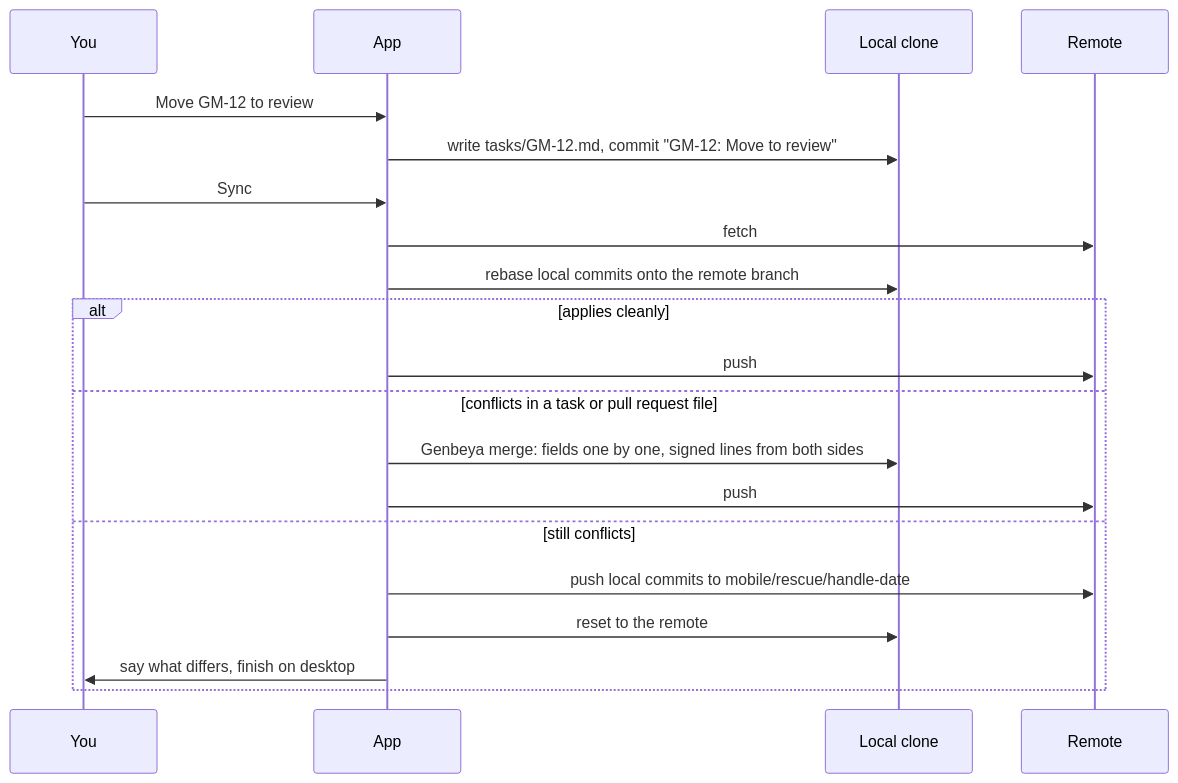
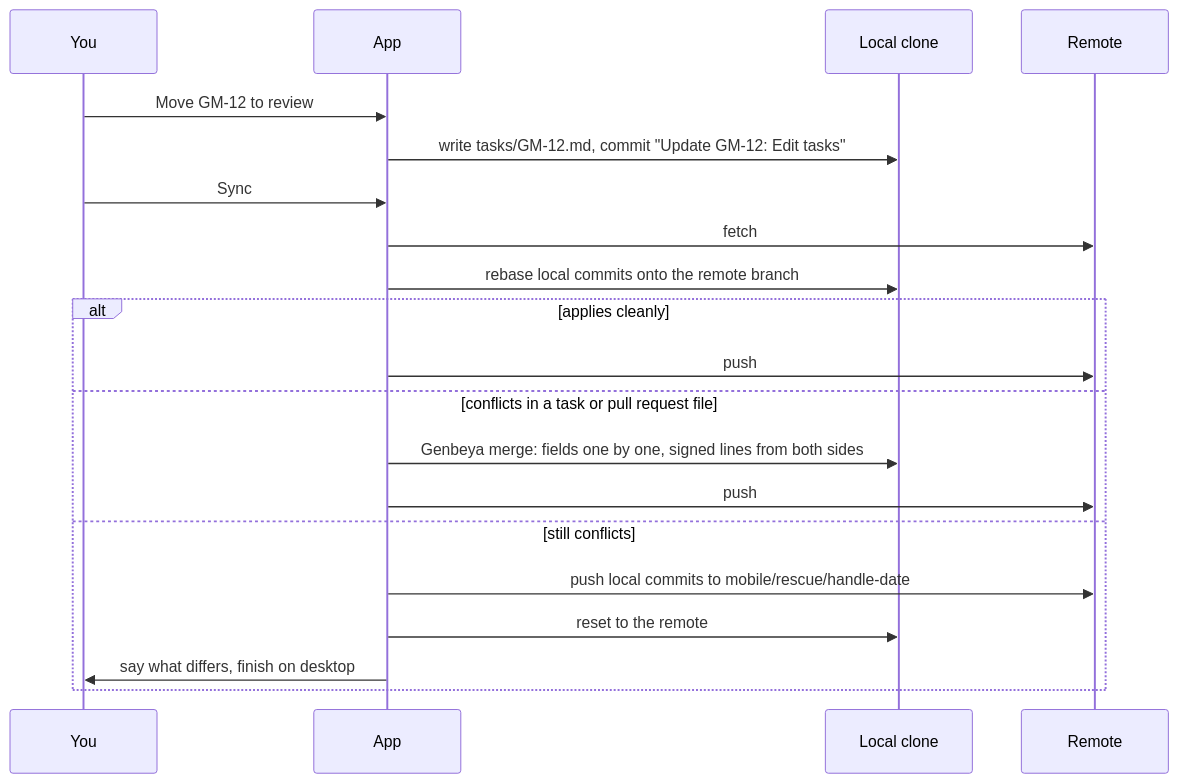
One commit to h3ll5ur7er/genbeya_mobile changed the second of 2 diagrams in docs/Architecture.md. Above: the diagram before and after it, drawn with Mermaid. The commit also changed other lines of this file and 13 other files, not shown here.

````diff
--- a/docs/Architecture.md
+++ b/docs/Architecture.md
@@ -66,22 +66,22 @@
 ```mermaid
 sequenceDiagram
   participant U as You
   participant A as App
   participant L as Local clone
   participant R as Remote
   U->>A: Move GM-12 to review
-  A->>L: write tasks/GM-12.md, commit "GM-12: Move to review"
+  A->>L: write tasks/GM-12.md, commit "Update GM-12: Edit tasks"
   U->>A: Sync
   A->>R: fetch
   A->>L: rebase local commits onto the remote branch
   alt applies cleanly
     A->>R: push
   else conflicts in a task or pull request file
     A->>L: Genbeya merge: fields one by one, signed lines from both sides
     A->>R: push
   else still conflicts
     A->>R: push local commits to mobile/rescue/handle-date
     A->>L: reset to the remote
     A->>U: say what differs, finish on desktop
   end
 ```
````
